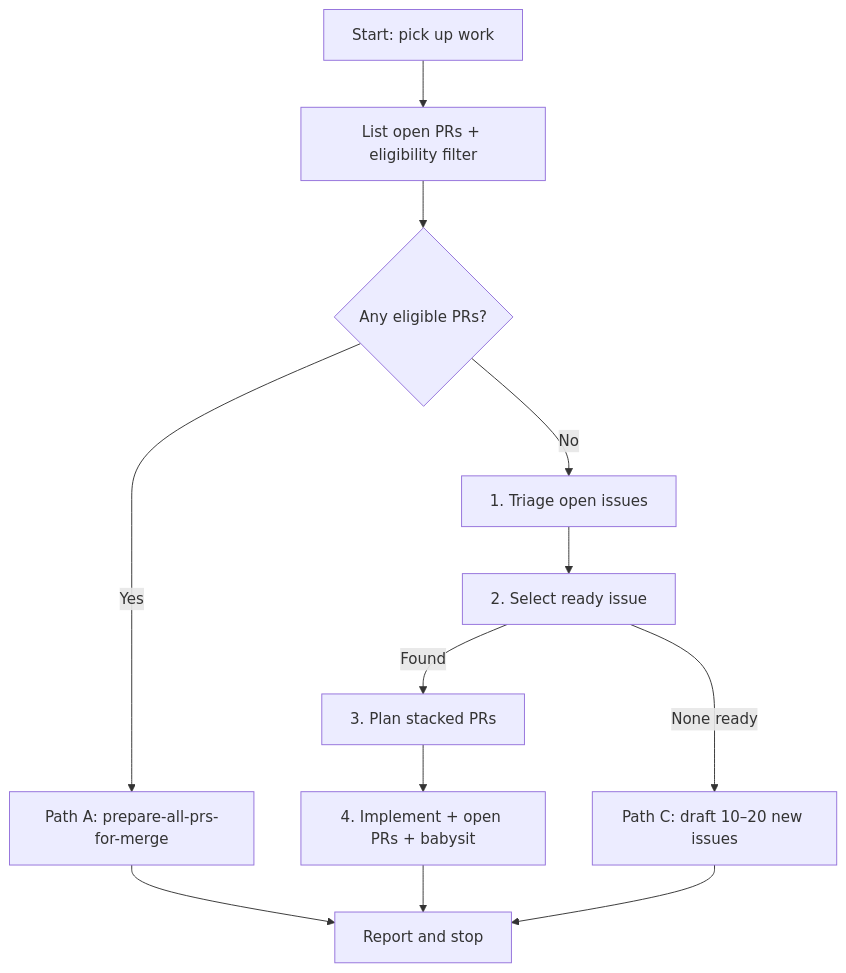
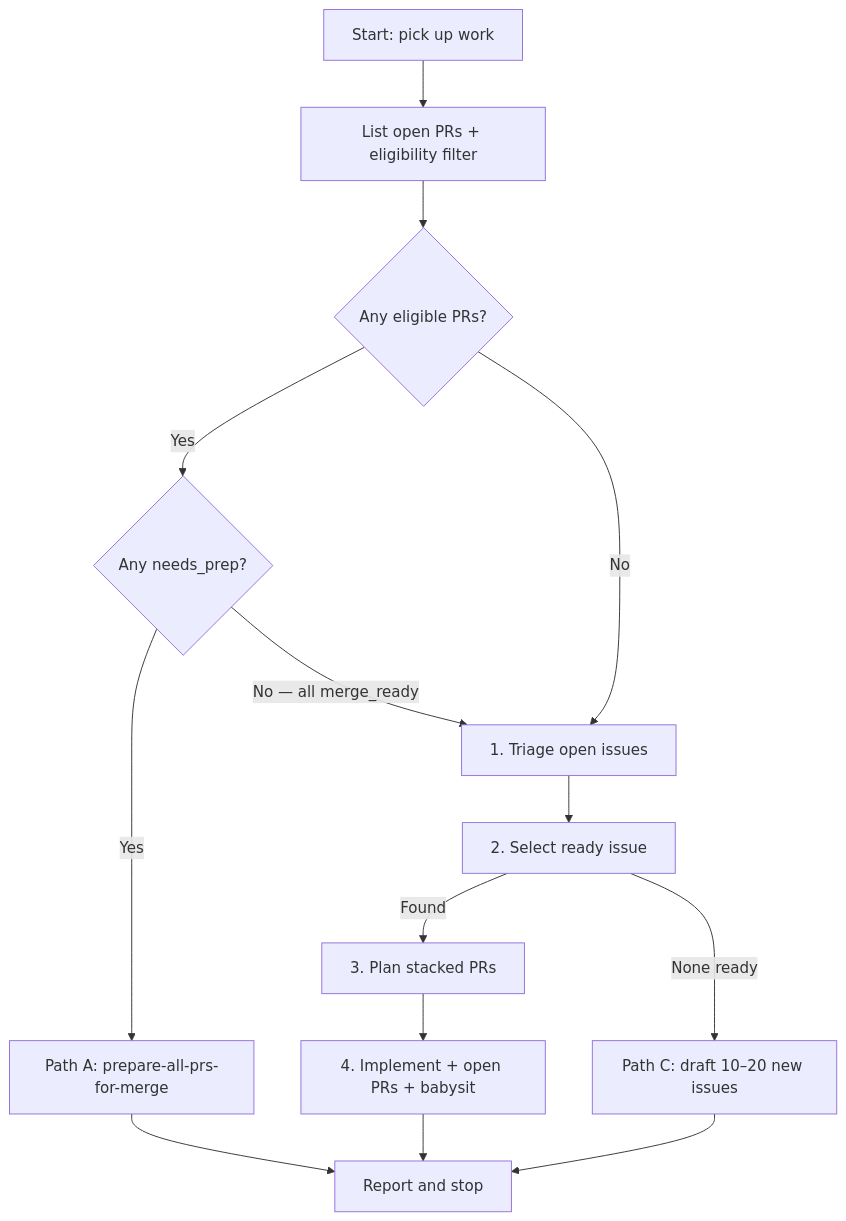
Before and after one commit to toadslop/rtl88x2bu-linux-driver: the diagram in .cursor/skills/pick-up-work-item/SKILL.md, drawn with Mermaid. The commit also changed other lines of this file and 3 other files, not shown here.

First line of the commit message:
docs(skills): fall through to issue work when PRs are merge-ready

````diff
--- a/.cursor/skills/pick-up-work-item/SKILL.md
+++ b/.cursor/skills/pick-up-work-item/SKILL.md
@@ -76,14 +104,16 @@
 ```mermaid
 flowchart TD
   A[Start: pick up work] --> B[List open PRs + eligibility filter]
   B --> C{Any eligible PRs?}
-  C -->|Yes| D[Path A: prepare-all-prs-for-merge]
+  C -->|Yes| C2{Any needs_prep?}
+  C2 -->|Yes| D[Path A: prepare-all-prs-for-merge]
   D --> Z[Report and stop]
-  C -->|No| E[1. Triage open issues]
+  C2 -->|No — all merge_ready| E[1. Triage open issues]
+  C -->|No| E
   E --> F[2. Select ready issue]
   F -->|Found| G[3. Plan stacked PRs]
   G --> H[4. Implement + open PRs + babysit]
   H --> Z
   F -->|None ready| I[Path C: draft 10–20 new issues]
   I --> Z
 ```
````
